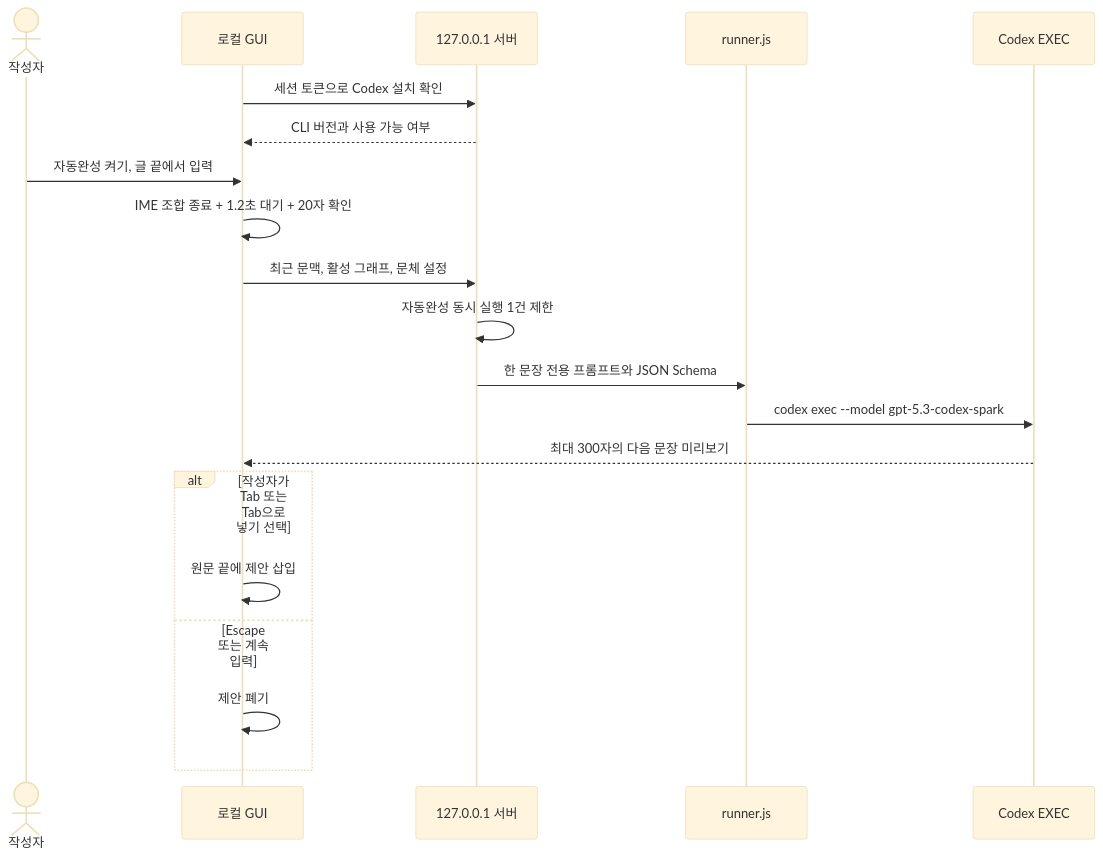
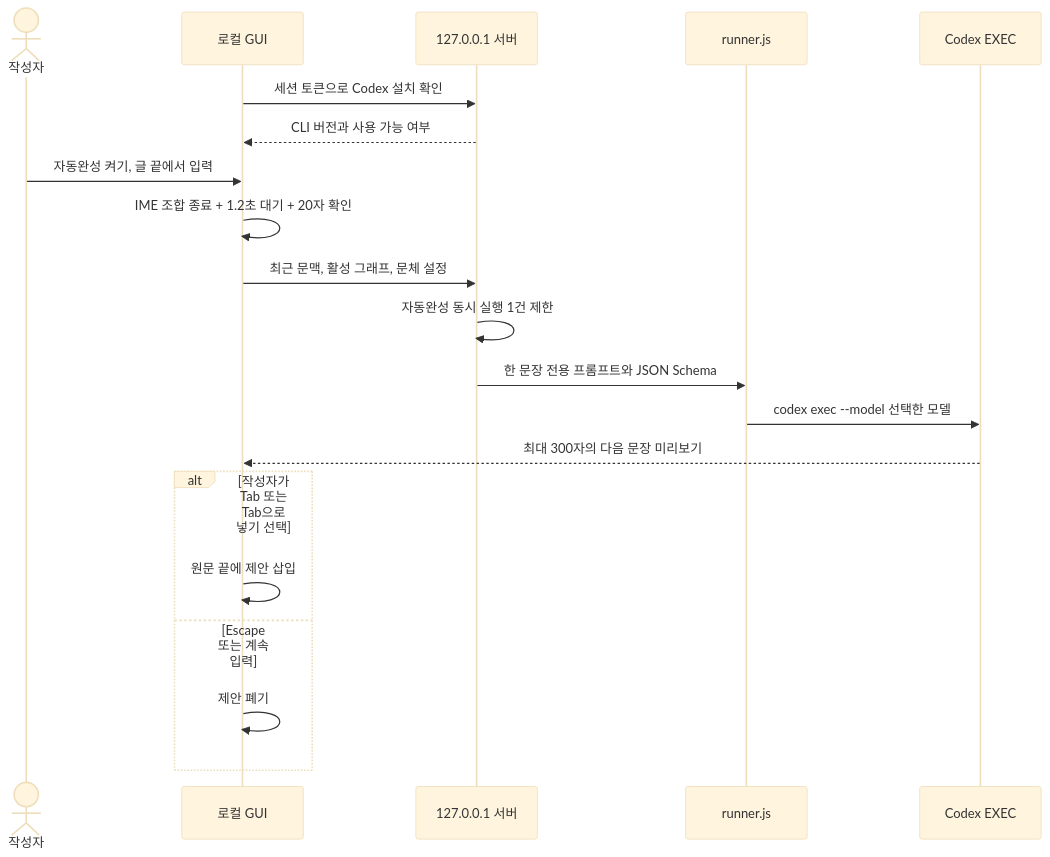
The second of 9 diagrams in README.md (kuseumkkrkkr/KR-humanizer), drawn with Mermaid (base theme) before and after one commit. The commit also changed other lines of this file and 12 other files, not shown here.

````diff
--- a/README.md
+++ b/README.md
@@ -186,23 +186,23 @@
 ```mermaid
 sequenceDiagram
   actor U as 작성자
   participant G as 로컬 GUI
   participant S as 127.0.0.1 서버
   participant R as runner.js
   participant C as Codex EXEC
 
   G->>S: 세션 토큰으로 Codex 설치 확인
   S-->>G: CLI 버전과 사용 가능 여부
   U->>G: 자동완성 켜기, 글 끝에서 입력
   G->>G: IME 조합 종료 + 1.2초 대기 + 20자 확인
   G->>S: 최근 문맥, 활성 그래프, 문체 설정
   S->>S: 자동완성 동시 실행 1건 제한
   S->>R: 한 문장 전용 프롬프트와 JSON Schema
-  R->>C: codex exec --model gpt-5.3-codex-spark
+  R->>C: codex exec --model 선택한 모델
   C-->>G: 최대 300자의 다음 문장 미리보기
   alt 작성자가 Tab 또는 Tab으로 넣기 선택
     G->>G: 원문 끝에 제안 삽입
   else Escape 또는 계속 입력
     G->>G: 제안 폐기
   end
 ```
````
